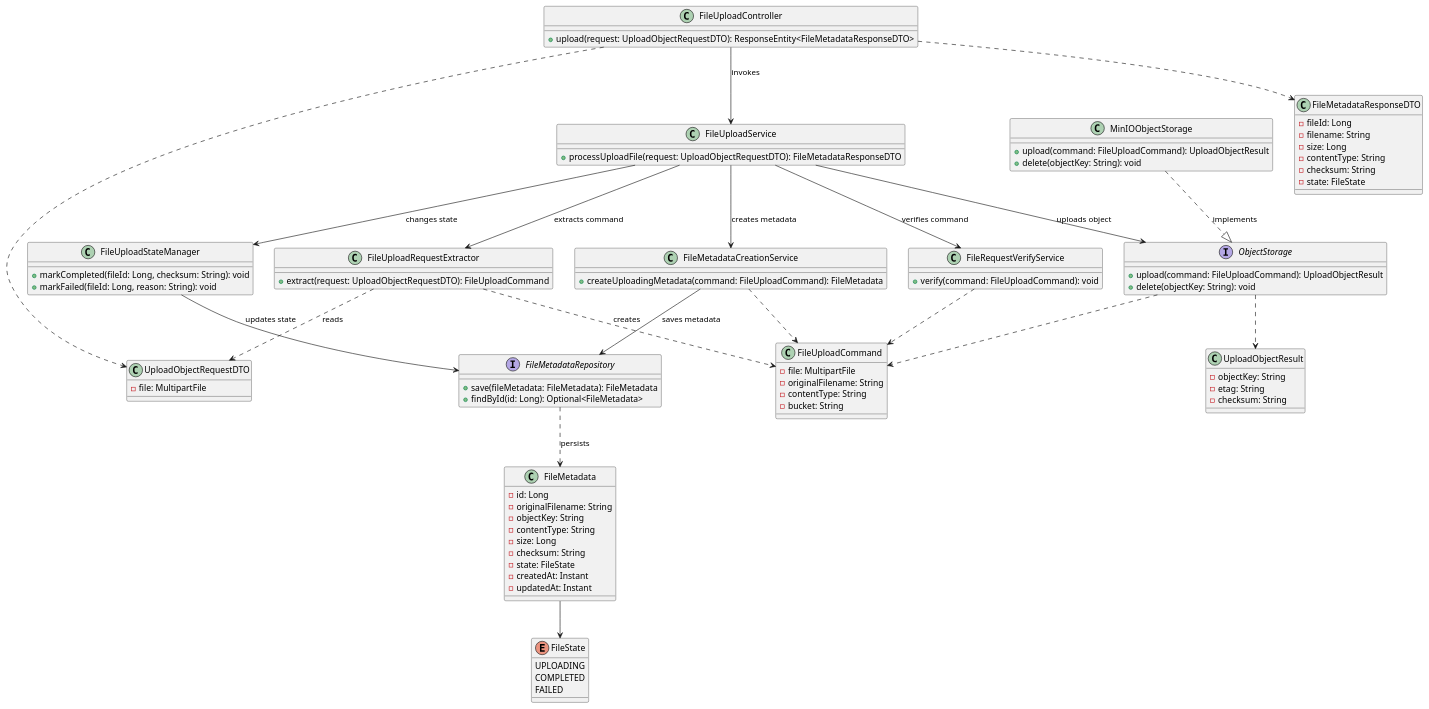
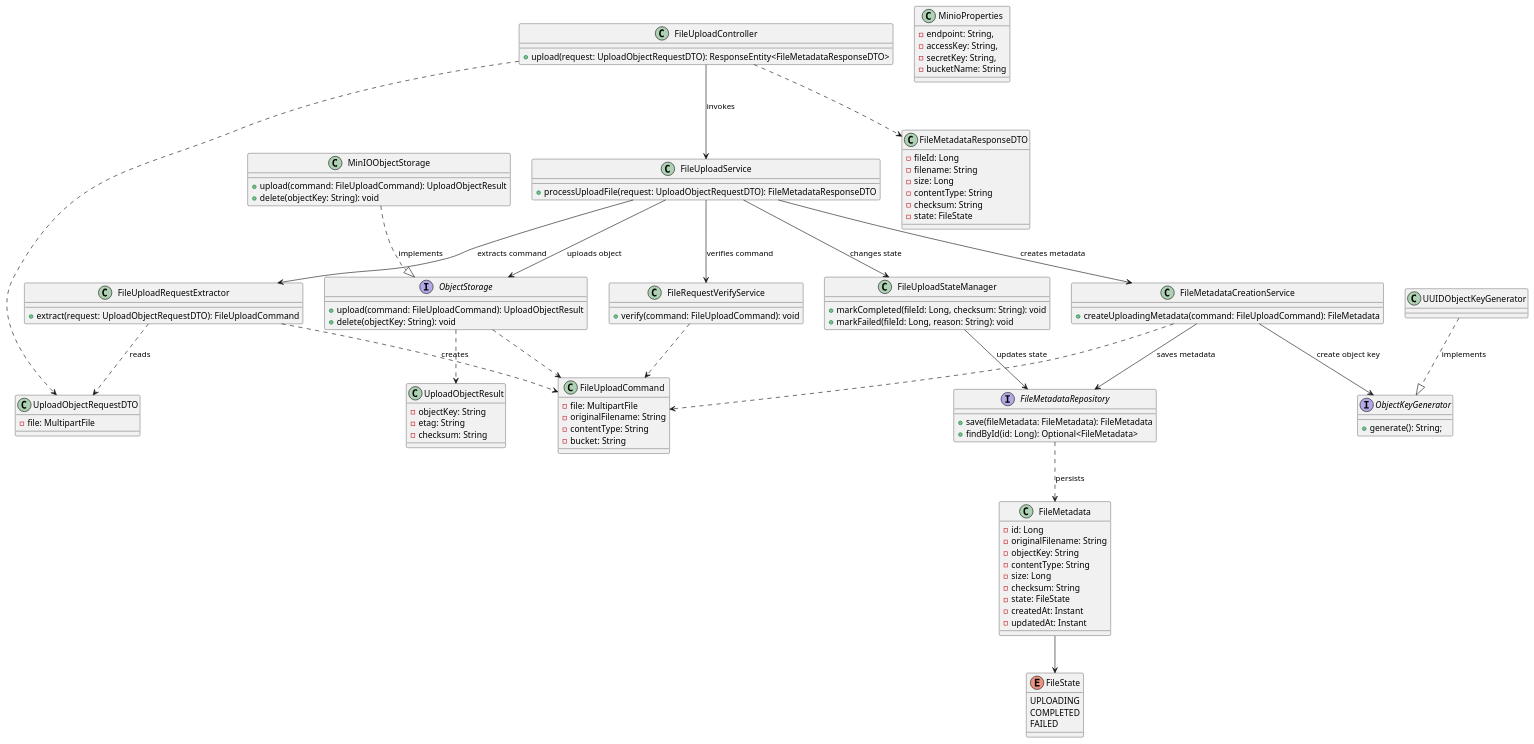
Before and after one commit to huyhai1994/file-upload-service: the third of 4 diagrams in docs/09-lld.md, drawn with PlantUML. The commit also changed other lines of this file and 10 other files, not shown here.

Commit message:
Finish implementation of file metadata creation service and test cases.

````diff
--- a/docs/09-lld.md
+++ b/docs/09-lld.md
@@ -306,5 +186,7 @@
 ```plantuml
+
 @startuml  
+  
   
 class FileUploadController {  
   +upload(request: UploadObjectRequestDTO): ResponseEntity<FileMetadataResponseDTO>  
@@ -324,6 +206,13 @@
   
 class FileMetadataCreationService {  
   +createUploadingMetadata(command: FileUploadCommand): FileMetadata  
+}  
+  
+interface ObjectKeyGenerator{  
+   +generate(): String;  
+}  
+  
+class UUIDObjectKeyGenerator{  
 }  
   
 class FileUploadStateManager {  
@@ -390,6 +279,13 @@
   -state: FileState  
 }  
   
+class MinioProperties{  
+- endpoint: String,  
+-  accessKey: String,  
+- secretKey: String,  
+- bucketName: String  
+}  
+  
 FileUploadController --> FileUploadService: invokes  
   
 FileUploadService --> FileUploadRequestExtractor: extracts command  
@@ -418,5 +314,10 @@
   
 ObjectStorage ..> UploadObjectResult  
   
+UUIDObjectKeyGenerator..|> ObjectKeyGenerator: implements  
+FileMetadataCreationService --> ObjectKeyGenerator: create object key  
+  
+@enduml
+  
 @enduml
 ```
````
